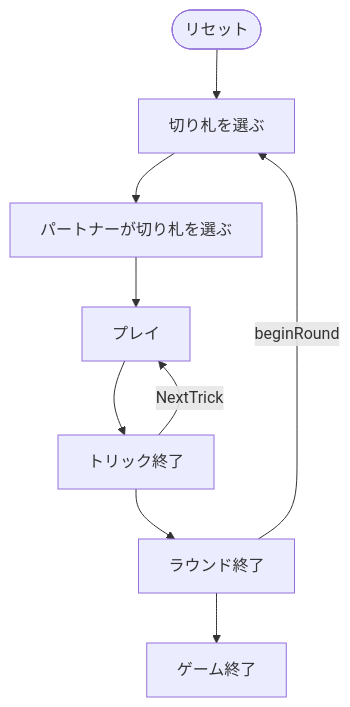
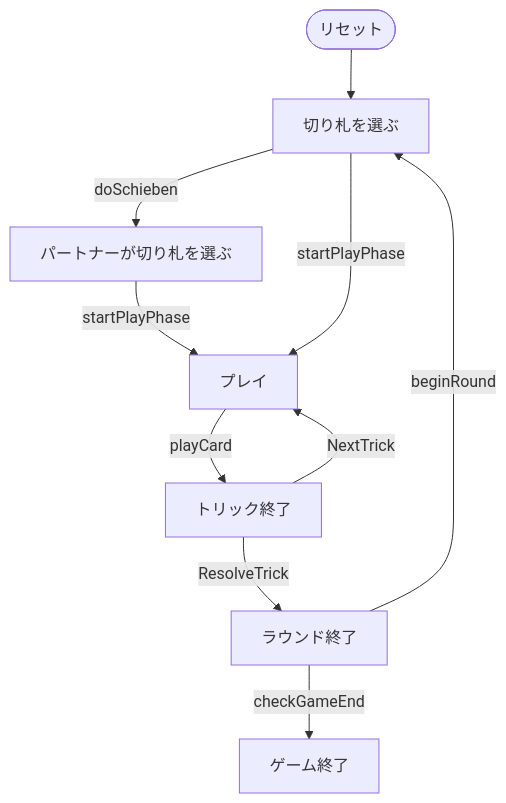
Before and after one commit to yuta-yoshinaga/go_trumpcards: the diagram in docs/manual/cui/jass.md, drawn with Mermaid. The commit also changed 53 other files, not shown here.

````diff
--- a/docs/manual/cui/jass.md
+++ b/docs/manual/cui/jass.md
@@ -54,11 +54,18 @@
 ```mermaid
 flowchart TD
     S(["リセット"]) --> P0
-    P0["切り札を選ぶ"] --> P1["パートナーが切り札を選ぶ"]
-    P1["パートナーが切り札を選ぶ"] --> P2["プレイ"]
-    P2["プレイ"] --> P3["トリック終了"]
-    P3["トリック終了"] --> P4["ラウンド終了"]
-    P4["ラウンド終了"] --> P5["ゲーム終了"]
+    P0["切り札を選ぶ"]
+    P1["パートナーが切り札を選ぶ"]
+    P2["プレイ"]
+    P3["トリック終了"]
+    P4["ラウンド終了"]
+    P5["ゲーム終了"]
+    P4 -->|beginRound| P0
+    P0 -->|doSchieben| P1
+    P3 -->|ResolveTrick| P4
     P3 -->|NextTrick| P2
-    P4 -->|beginRound| P0
+    P1 -->|startPlayPhase| P2
+    P0 -->|startPlayPhase| P2
+    P2 -->|playCard| P3
+    P4 -->|checkGameEnd| P5
 ```
````
